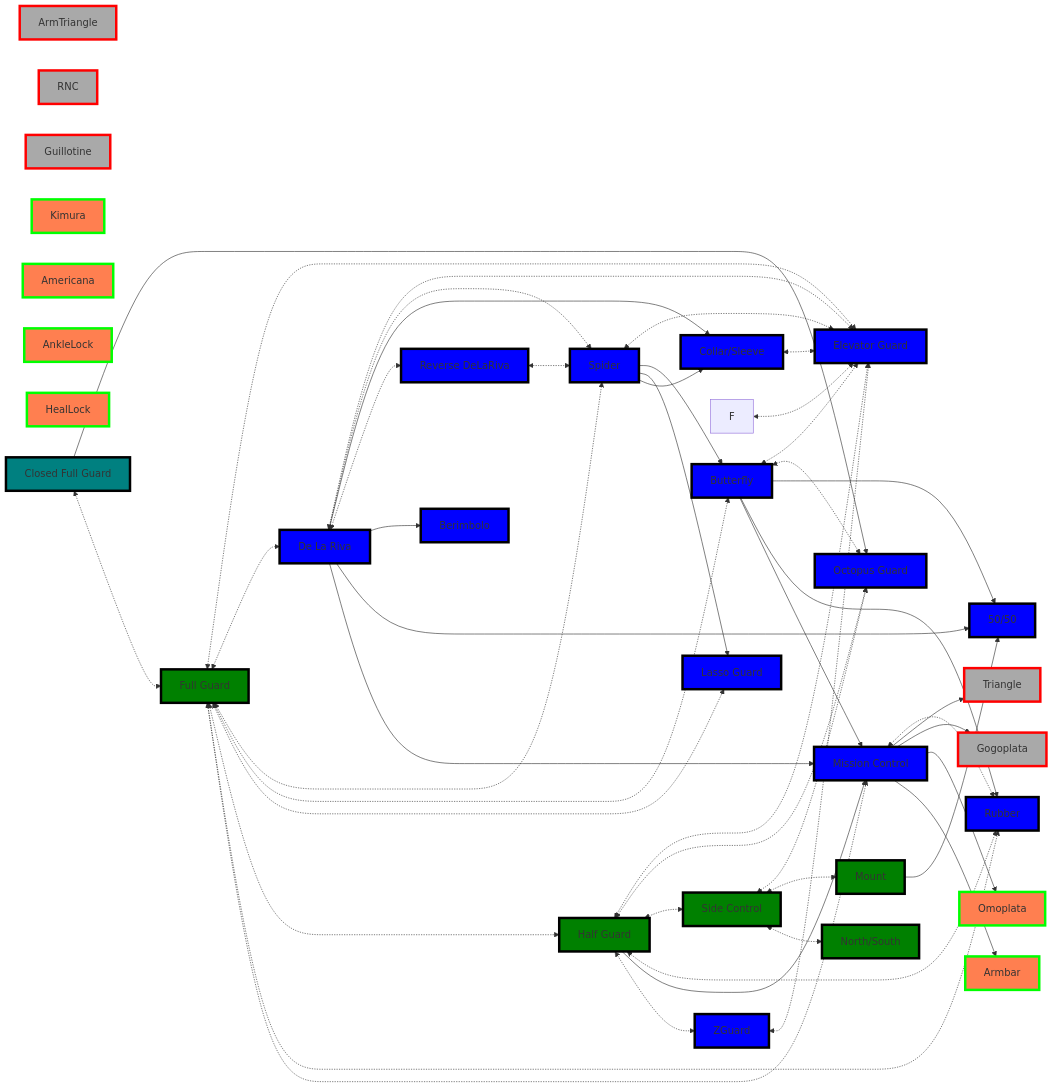
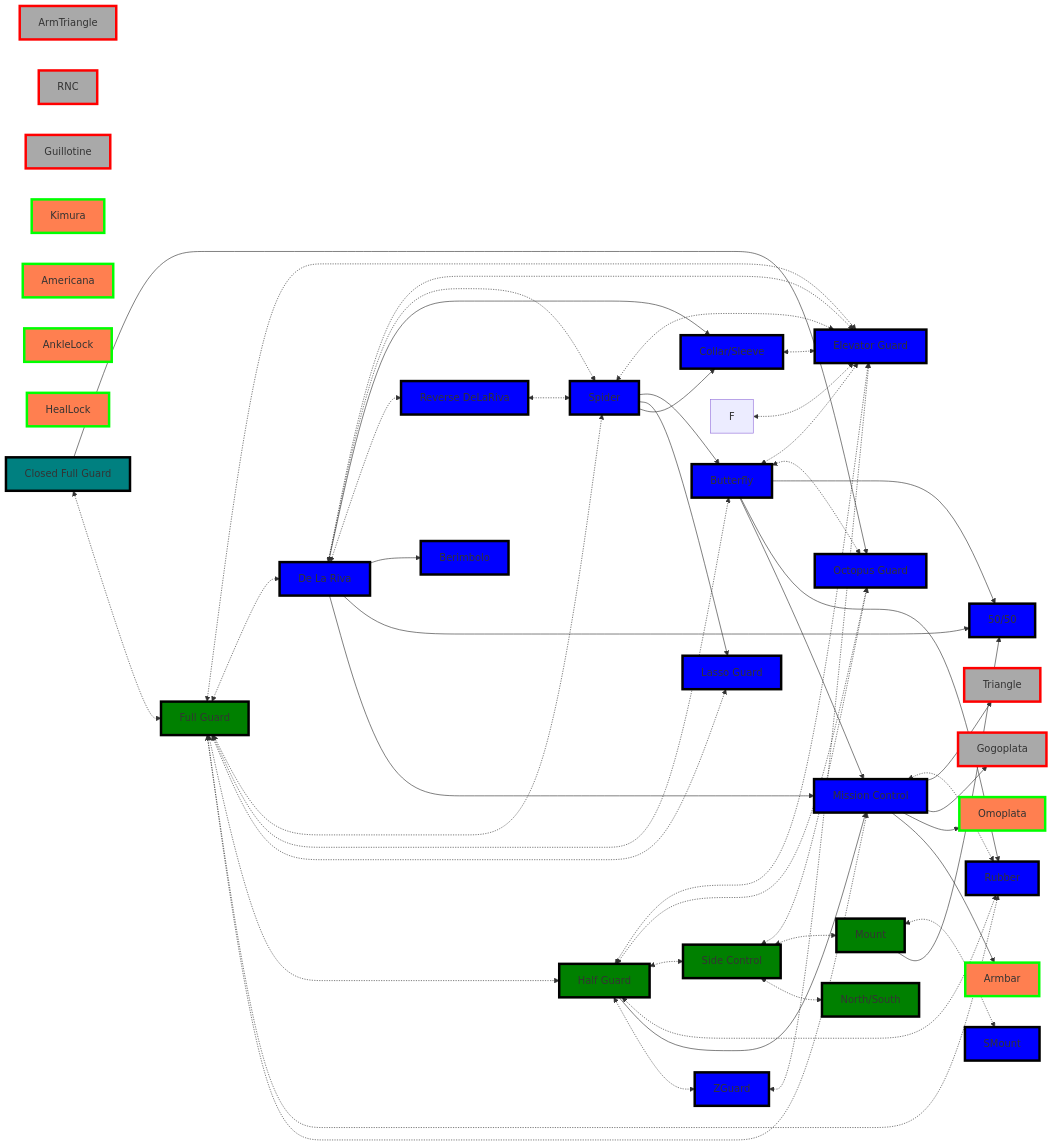
The second of 4 diagrams in _Fitness/MMA/Real World BJJ Flows.md (jacgit18/DevHiveMind), drawn with Mermaid before and after one commit. The commit also changed other lines of this file and 4 other files, not shown here.

```diff
--- a/_Fitness/MMA/Real World BJJ Flows.md
+++ b/_Fitness/MMA/Real World BJJ Flows.md
@@ -183,6 +187,7 @@
 	M[Berimbolo]
 	N[50/50]
 	Q[Rubber]
+	SMount[SMount]
 	R[Mission Control]
 	Z[ZGuard]
 	OctopusGuard[Octopus Guard]
@@ -201,6 +206,8 @@
 	10[AnkleLock]
 
 	11[HealLock]
+
+	J <-.-> SMount
 
 	A <-.-> ElevatorGuard
 	B <-.-> ElevatorGuard
@@ -254,6 +261,8 @@
 	R --> 2
 	R --> 3 
 	R --> 4 
+
+style SMount fill:blue,stroke:black,stroke-width:4px,shadow:shadow
 
 style ElevatorGuard fill:blue,stroke:black,stroke-width:4px,shadow:shadow
 
```
